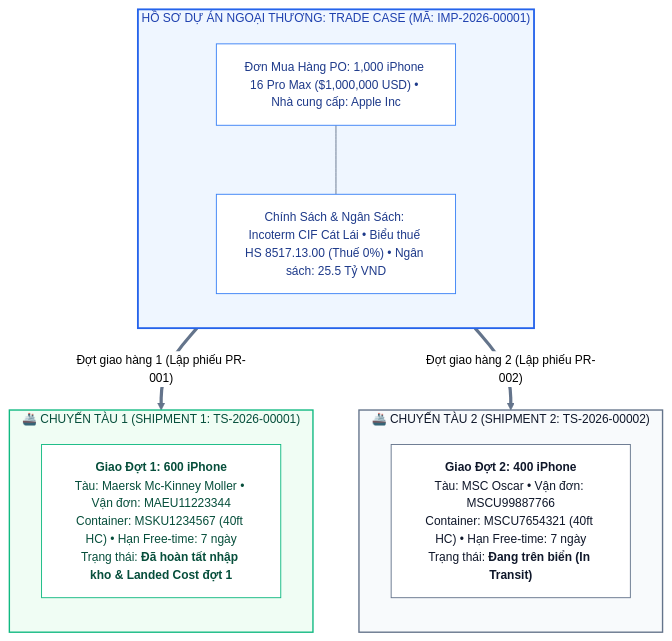
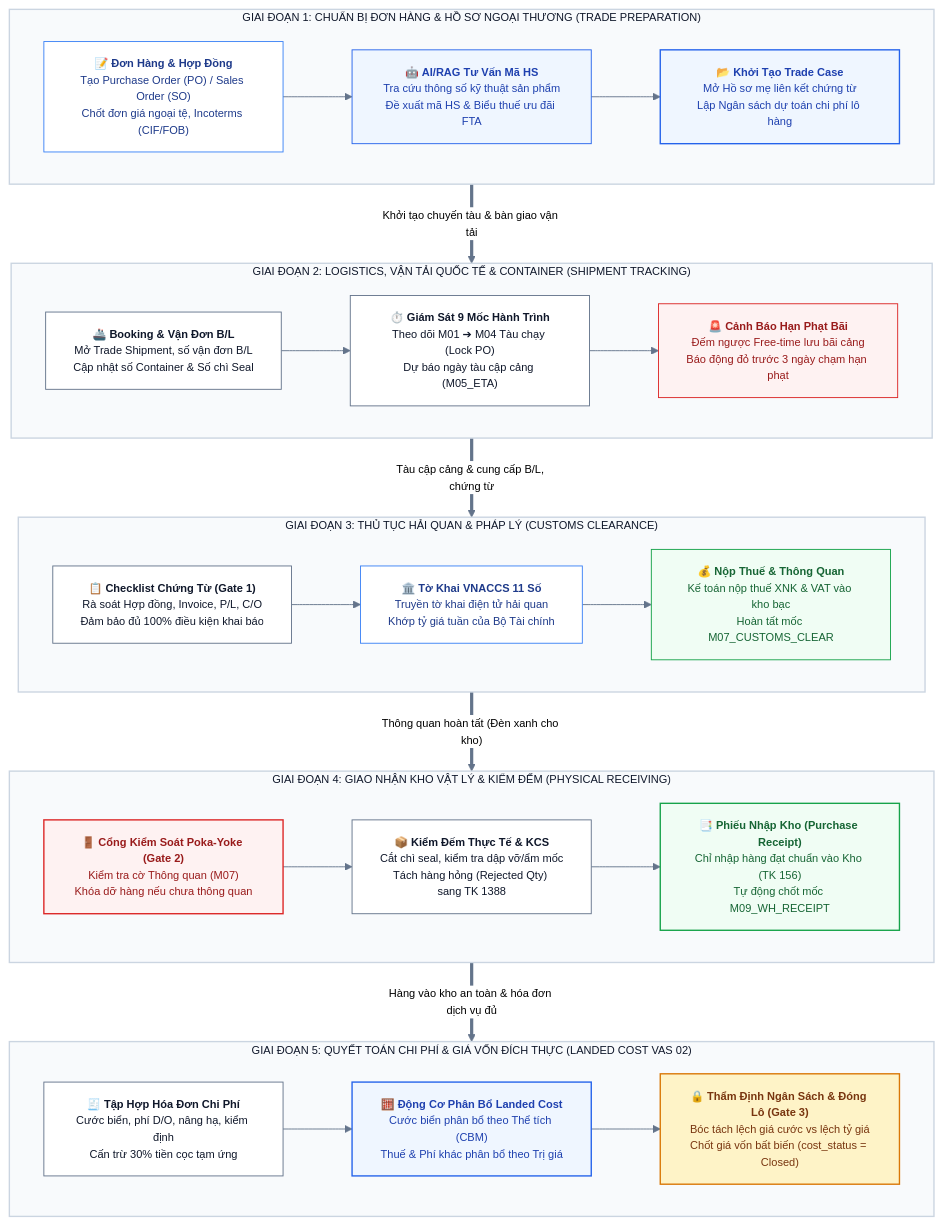
One commit to capkimkhanh2k5/Logistics_ERPNext_RAG changed the second of 3 diagrams in KIEN_TRUC_HE_THONG_QUAN_TRI_XUAT_NHAP_KHAU.md. Above: the diagram before and after it, drawn with Mermaid. The commit also changed other lines of this file, not shown here.

Commit message:
docs: streamline architecture with 4-tier enterprise layers and 5-stage lifecycle workflow

````diff
--- a/KIEN_TRUC_HE_THONG_QUAN_TRI_XUAT_NHAP_KHAU.md
+++ b/KIEN_TRUC_HE_THONG_QUAN_TRI_XUAT_NHAP_KHAU.md
@@ -130,34 +130,95 @@
 ```mermaid
-%%{init: {'theme': 'neutral', 'themeVariables': { 'fontFamily': 'Segoe UI, Arial, sans-serif', 'fontSize': '13px', 'lineColor': '#64748B'}}}%%
+%%{init: {'theme': 'neutral', 'themeVariables': { 'fontFamily': 'Segoe UI, Arial, sans-serif', 'fontSize': '12px', 'lineColor': '#64748B'}}}%%
 flowchart TD
-    %% TẦNG HỒ SƠ THƯƠNG MẠI
-    subgraph S_CASE["HỒ SƠ DỰ ÁN NGOẠI THƯƠNG: TRADE CASE (MÃ: IMP-2026-00001)"]
-        direction TB
-        PO["Đơn Mua Hàng PO: 1,000 iPhone 16 Pro Max ($1,000,000 USD) • Nhà cung cấp: Apple Inc"]
-        POL_GOV["Chính Sách & Ngân Sách: Incoterm CIF Cát Lái • Biểu thuế HS 8517.13.00 (Thuế 0%) • Ngân sách: 25.5 Tỷ VND"]
-        PO --- POL_GOV
+    %% ==========================================
+    %% GIAI ĐOẠN 1: CHUẨN BỊ ĐƠN HÀNG & THƯƠNG MẠI
+    %% ==========================================
+    subgraph STAGE1["GIAI ĐOẠN 1: CHUẨN BỊ ĐƠN HÀNG & HỒ SƠ NGOẠI THƯƠNG (TRADE PREPARATION)"]
+        direction LR
+        S1_PO["📝 <b>Đơn Hàng & Hợp Đồng</b><br>Tạo Purchase Order (PO) / Sales Order (SO)<br>Chốt đơn giá ngoại tệ, Incoterms (CIF/FOB)"]
+        S1_RAG["🤖 <b>AI/RAG Tư Vấn Mã HS</b><br>Tra cứu thông số kỹ thuật sản phẩm<br>Đề xuất mã HS & Biểu thuế ưu đãi FTA"]
+        S1_CASE["📂 <b>Khởi Tạo Trade Case</b><br>Mở Hồ sơ mẹ liên kết chứng từ<br>Lập Ngân sách dự toán chi phí lô hàng"]
+        S1_PO --> S1_RAG --> S1_CASE
     end
 
-    %% TẦNG CHUYẾN TÀU CON
-    subgraph S_SHP1["🚢 CHUYẾN TÀU 1 (SHIPMENT 1: TS-2026-00001)"]
-        direction TB
-        SHP1_INFO["<b>Giao Đợt 1: 600 iPhone</b><br>Tàu: Maersk Mc-Kinney Moller • Vận đơn: MAEU11223344<br>Container: MSKU1234567 (40ft HC) • Hạn Free-time: 7 ngày<br>Trạng thái: <b>Đã hoàn tất nhập kho & Landed Cost đợt 1</b>"]
+    %% ==========================================
+    %% GIAI ĐOẠN 2: LOGISTICS & VẬN TẢI BIỂN
+    %% ==========================================
+    subgraph STAGE2["GIAI ĐOẠN 2: LOGISTICS, VẬN TẢI QUỐC TẾ & CONTAINER (SHIPMENT TRACKING)"]
+        direction LR
+        S2_BOOK["🚢 <b>Booking & Vận Đơn B/L</b><br>Mở Trade Shipment, số vận đơn B/L<br>Cập nhật số Container & Số chì Seal"]
+        S2_MILE["⏱️ <b>Giám Sát 9 Mốc Hành Trình</b><br>Theo dõi M01 ➔ M04 Tàu chạy (Lock PO)<br>Dự báo ngày tàu cập cảng (M05_ETA)"]
+        S2_WARN["🚨 <b>Cảnh Báo Hạn Phạt Bãi</b><br>Đếm ngược Free-time lưu bãi cảng<br>Báo động đỏ trước 3 ngày chạm hạn phạt"]
+        S2_BOOK --> S2_MILE --> S2_WARN
     end
 
-    subgraph S_SHP2["🚢 CHUYẾN TÀU 2 (SHIPMENT 2: TS-2026-00002)"]
-        direction TB
-        SHP2_INFO["<b>Giao Đợt 2: 400 iPhone</b><br>Tàu: MSC Oscar • Vận đơn: MSCU99887766<br>Container: MSCU7654321 (40ft HC) • Hạn Free-time: 7 ngày<br>Trạng thái: <b>Đang trên biển (In Transit)</b>"]
+    %% ==========================================
+    %% GIAI ĐOẠN 3: THỦ TỤC HẢI QUAN
+    %% ==========================================
+    subgraph STAGE3["GIAI ĐOẠN 3: THỦ TỤC HẢI QUAN & PHÁP LÝ (CUSTOMS CLEARANCE)"]
+        direction LR
+        S3_DOC["📋 <b>Checklist Chứng Từ (Gate 1)</b><br>Rà soát Hợp đồng, Invoice, P/L, C/O<br>Đảm bảo đủ 100% điều kiện khai báo"]
+        S3_VNACCS["🏛️ <b>Tờ Khai VNACCS 11 Số</b><br>Truyền tờ khai điện tử hải quan<br>Khớp tỷ giá tuần của Bộ Tài chính"]
+        S3_TAX["💰 <b>Nộp Thuế & Thông Quan</b><br>Kế toán nộp thuế XNK & VAT vào kho bạc<br>Hoàn tất mốc M07_CUSTOMS_CLEAR"]
+        S3_DOC --> S3_VNACCS --> S3_TAX
     end
 
-    S_CASE ==>|"Đợt giao hàng 1 (Lập phiếu PR-001)"| S_SHP1
-    S_CASE ==>|"Đợt giao hàng 2 (Lập phiếu PR-002)"| S_SHP2
+    %% ==========================================
+    %% GIAI ĐOẠN 4: KHO BÃI VẬT LÝ
+    %% ==========================================
+    subgraph STAGE4["GIAI ĐOẠN 4: GIAO NHẬN KHO VẬT LÝ & KIỂM ĐẾM (PHYSICAL RECEIVING)"]
+        direction LR
+        S4_GATE["🚪 <b>Cổng Kiểm Soát Poka-Yoke (Gate 2)</b><br>Kiểm tra cờ Thông quan (M07)<br>Khóa dỡ hàng nếu chưa thông quan"]
+        S4_COUNT["📦 <b>Kiểm Đếm Thực Tế & KCS</b><br>Cắt chì seal, kiểm tra dập vỡ/ẩm mốc<br>Tách hàng hỏng (Rejected Qty) sang TK 1388"]
+        S4_PR["📑 <b>Phiếu Nhập Kho (Purchase Receipt)</b><br>Chỉ nhập hàng đạt chuẩn vào Kho (TK 156)<br>Tự động chốt mốc M09_WH_RECEIPT"]
+        S4_GATE --> S4_COUNT --> S4_PR
+    end
 
-    style S_CASE fill:#EFF6FF,stroke:#2563EB,stroke-width:2px,color:#1E40AF
-    style S_SHP1 fill:#F0FDF4,stroke:#10B981,stroke-width:1.5px,color:#064E3B
-    style S_SHP2 fill:#F8FAFC,stroke:#64748B,stroke-width:1.5px,color:#0F172A
+    %% ==========================================
+    %% GIAI ĐOẠN 5: QUYẾT TOÁN GIÁ VỐN
+    %% ==========================================
+    subgraph STAGE5["GIAI ĐOẠN 5: QUYẾT TOÁN CHI PHÍ & GIÁ VỐN ĐÍCH THỰC (LANDED COST VAS 02)"]
+        direction LR
+        S5_COLLECT["🧾 <b>Tập Hợp Hóa Đơn Chi Phí</b><br>Cước biển, phí D/O, nâng hạ, kiểm định<br>Cấn trừ 30% tiền cọc tạm ứng"]
+        S5_LCV["🧮 <b>Động Cơ Phân Bổ Landed Cost</b><br>Cước biển phân bổ theo Thể tích (CBM)<br>Thuế & Phí khác phân bổ theo Trị giá"]
+        S5_CLOSE["🔒 <b>Thẩm Định Ngân Sách & Đóng Lô (Gate 3)</b><br>Bóc tách lệch giá cước vs lệch tỷ giá<br>Chốt giá vốn bất biến (cost_status = Closed)"]
+        S5_COLLECT --> S5_LCV --> S5_CLOSE
+    end
 
-    style PO fill:#FFFFFF,stroke:#3B82F6,stroke-width:1px,color:#1E3A8A
-    style POL_GOV fill:#FFFFFF,stroke:#3B82F6,stroke-width:1px,color:#1E3A8A
-    style SHP1_INFO fill:#FFFFFF,stroke:#10B981,stroke-width:1px,color:#064E3B
-    style SHP2_INFO fill:#FFFFFF,stroke:#64748B,stroke-width:1px,color:#0F172A
+    %% ==========================================
+    %% DÒNG CHẢY XUYÊN SUỐT 5 GIAI ĐOẠN
+    %% ==========================================
+    STAGE1 ==>|"Khởi tạo chuyến tàu & bàn giao vận tải"| STAGE2
+    STAGE2 ==>|"Tàu cập cảng & cung cấp B/L, chứng từ"| STAGE3
+    STAGE3 ==>|"Thông quan hoàn tất (Đèn xanh cho kho)"| STAGE4
+    STAGE4 ==>|"Hàng vào kho an toàn & hóa đơn dịch vụ đủ"| STAGE5
+
+    %% ==========================================
+    %% PHỐI MÀU CHUẨN MSTEAMS (LIGHT ENTERPRISE CLEAN)
+    %% ==========================================
+    style STAGE1 fill:#F8FAFC,stroke:#CBD5E1,stroke-width:1.5px,color:#0F172A
+    style STAGE2 fill:#F8FAFC,stroke:#CBD5E1,stroke-width:1.5px,color:#0F172A
+    style STAGE3 fill:#F8FAFC,stroke:#CBD5E1,stroke-width:1.5px,color:#0F172A
+    style STAGE4 fill:#F8FAFC,stroke:#CBD5E1,stroke-width:1.5px,color:#0F172A
+    style STAGE5 fill:#F8FAFC,stroke:#CBD5E1,stroke-width:1.5px,color:#0F172A
+
+    style S1_PO fill:#FFFFFF,stroke:#3B82F6,stroke-width:1px,color:#1E3A8A
+    style S1_RAG fill:#EFF6FF,stroke:#2563EB,stroke-width:1px,color:#1E40AF
+    style S1_CASE fill:#EFF6FF,stroke:#2563EB,stroke-width:1.5px,color:#1E40AF
+
+    style S2_BOOK fill:#FFFFFF,stroke:#64748B,stroke-width:1px,color:#0F172A
+    style S2_MILE fill:#FFFFFF,stroke:#64748B,stroke-width:1px,color:#0F172A
+    style S2_WARN fill:#FEF2F2,stroke:#DC2626,stroke-width:1px,color:#991B1B
+
+    style S3_DOC fill:#FFFFFF,stroke:#64748B,stroke-width:1px,color:#0F172A
+    style S3_VNACCS fill:#FFFFFF,stroke:#3B82F6,stroke-width:1px,color:#1E3A8A
+    style S3_TAX fill:#F0FDF4,stroke:#16A34A,stroke-width:1px,color:#166534
+
+    style S4_GATE fill:#FEF2F2,stroke:#DC2626,stroke-width:1.5px,color:#991B1B
+    style S4_COUNT fill:#FFFFFF,stroke:#64748B,stroke-width:1px,color:#0F172A
+    style S4_PR fill:#F0FDF4,stroke:#16A34A,stroke-width:1.5px,color:#166534
+
+    style S5_COLLECT fill:#FFFFFF,stroke:#64748B,stroke-width:1px,color:#0F172A
+    style S5_LCV fill:#EFF6FF,stroke:#2563EB,stroke-width:1.5px,color:#1E40AF
+    style S5_CLOSE fill:#FEF3C7,stroke:#D97706,stroke-width:1.5px,color:#78350F
 ```
````
